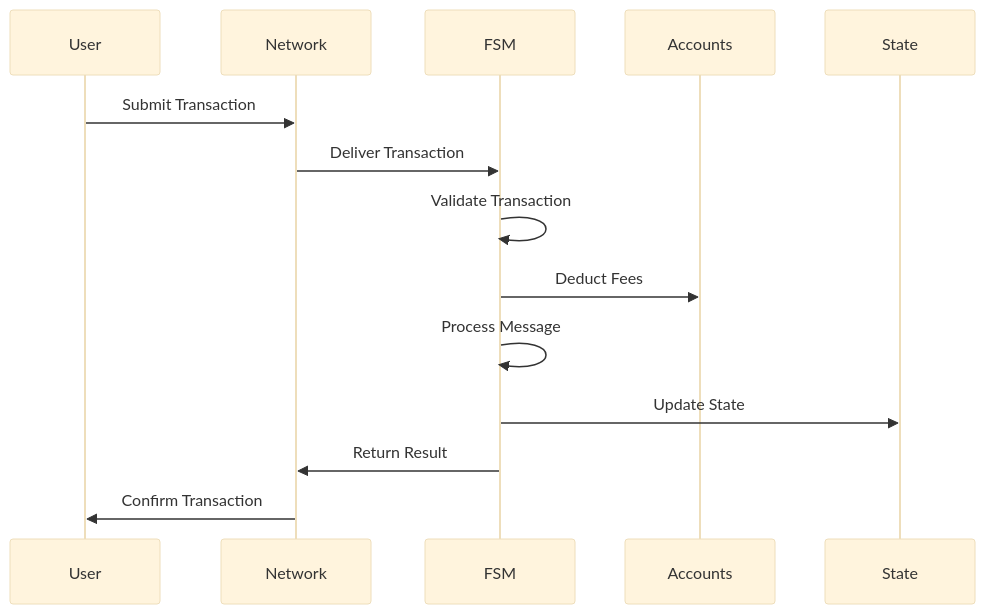
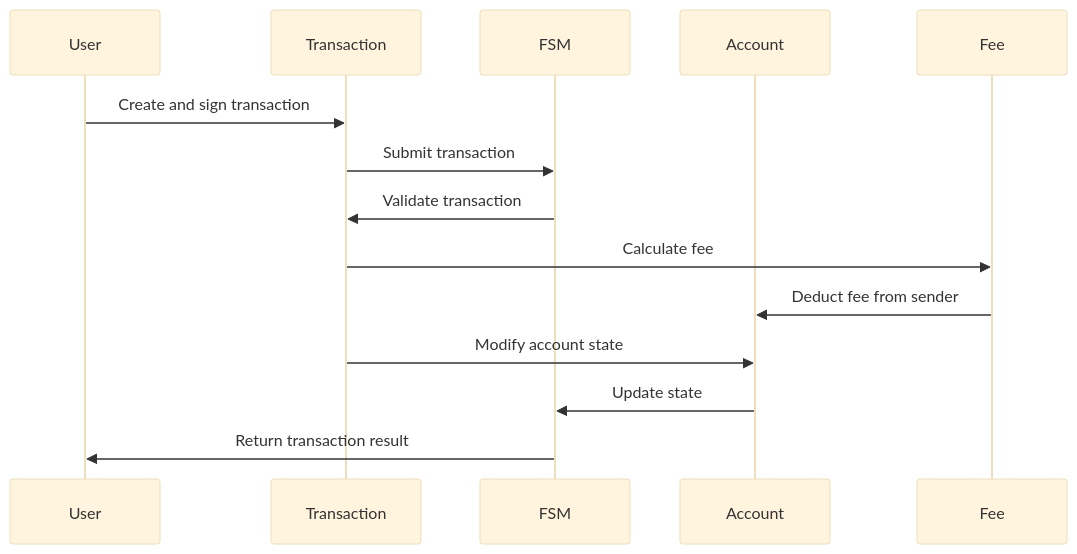
The first of 4 diagrams in fsm/README.claude.md (rem1niscence/canopy), drawn with Mermaid (base theme) before and after one commit. The commit also changed other lines of this file, not shown here.

````diff
--- a/fsm/README.claude.md
+++ b/fsm/README.claude.md
@@ -208,17 +343,17 @@
 ```mermaid
 sequenceDiagram
     participant User
-    participant Network
+    participant Transaction
     participant FSM
-    participant Accounts
-    participant State
+    participant Account
+    participant Fee
     
-    User->>Network: Submit Transaction
-    Network->>FSM: Deliver Transaction
-    FSM->>FSM: Validate Transaction
-    FSM->>Accounts: Deduct Fees
-    FSM->>FSM: Process Message
-    FSM->>State: Update State
-    FSM->>Network: Return Result
-    Network->>User: Confirm Transaction
+    User->>Transaction: Create and sign transaction
+    Transaction->>FSM: Submit transaction
+    FSM->>Transaction: Validate transaction
+    Transaction->>Fee: Calculate fee
+    Fee->>Account: Deduct fee from sender
+    Transaction->>Account: Modify account state
+    Account->>FSM: Update state
+    FSM->>User: Return transaction result
 ```
````
